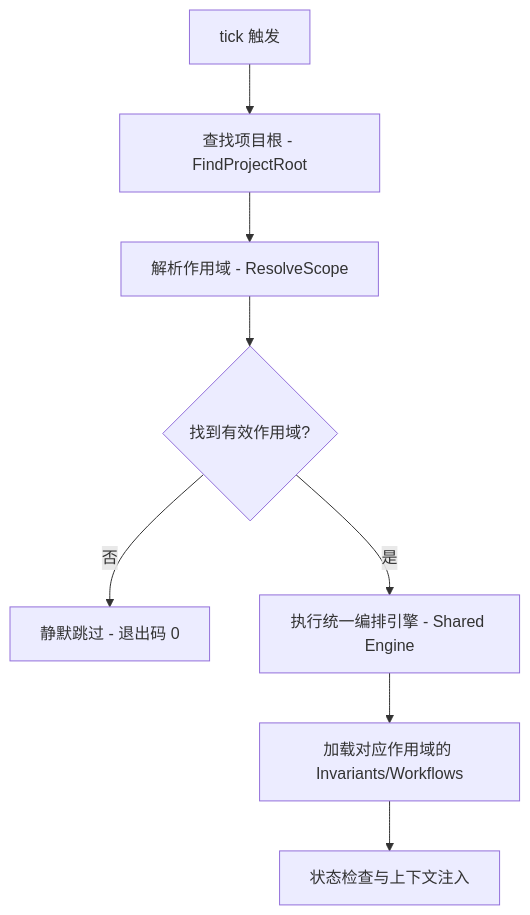
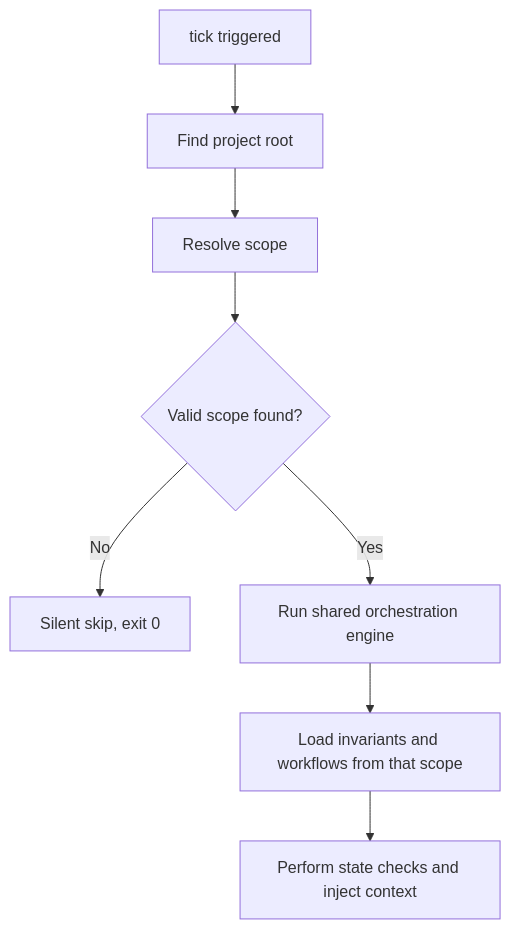
Before and after one commit to nextzhou/argus: the diagram in docs/technical-workspace.md, drawn with Mermaid. The commit also changed other lines of this file and 21 other files, not shown here.

````diff
--- a/docs/technical-workspace.md
+++ b/docs/technical-workspace.md
@@ -86,10 +100,10 @@
 ```mermaid
 graph TD
-    A[tick 触发] --> B[查找项目根 - FindProjectRoot]
-    B --> C[解析作用域 - ResolveScope]
-    C --> D{找到有效作用域?}
-    D -- 否 --> E[静默跳过 - 退出码 0]
-    D -- 是 --> F[执行统一编排引擎 - Shared Engine]
-    F --> G[加载对应作用域的 Invariants/Workflows]
-    G --> H[状态检查与上下文注入]
+    A[tick triggered] --> B[Find project root]
+    B --> C[Resolve scope]
+    C --> D{Valid scope found?}
+    D -- No --> E[Silent skip, exit 0]
+    D -- Yes --> F[Run shared orchestration engine]
+    F --> G[Load invariants and workflows from that scope]
+    G --> H[Perform state checks and inject context]
 ```
````
